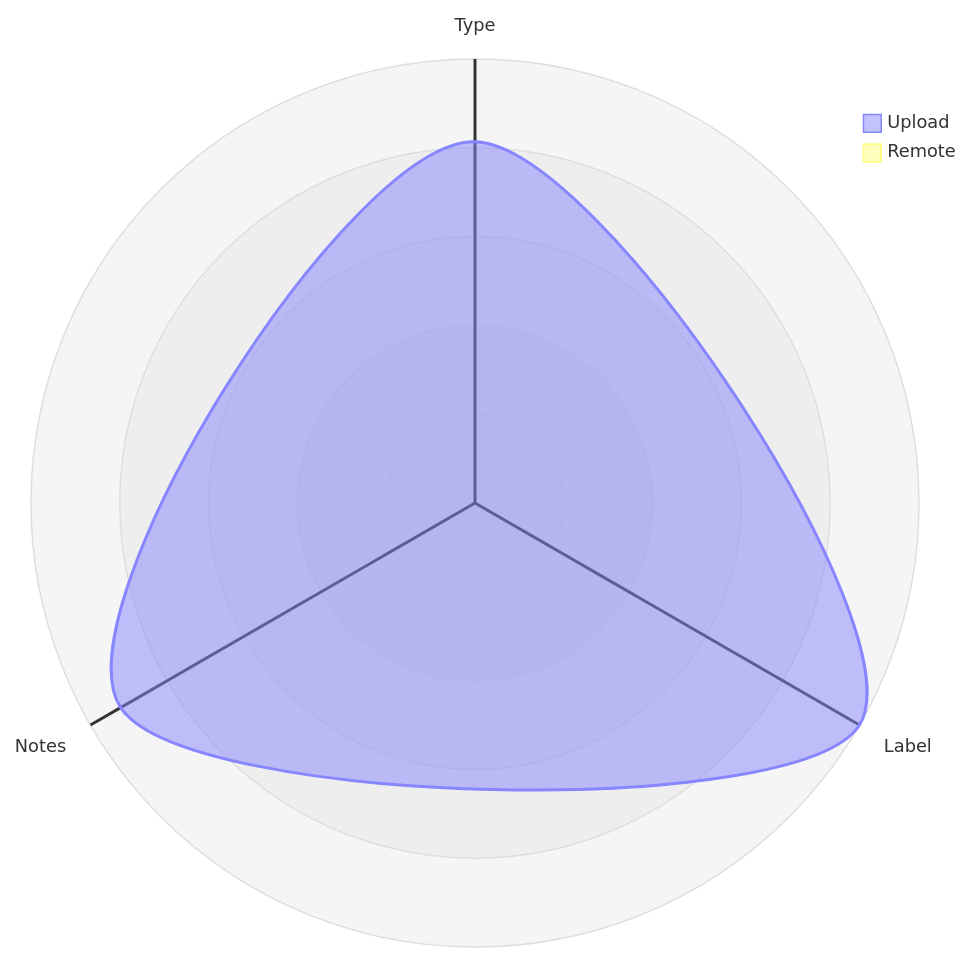
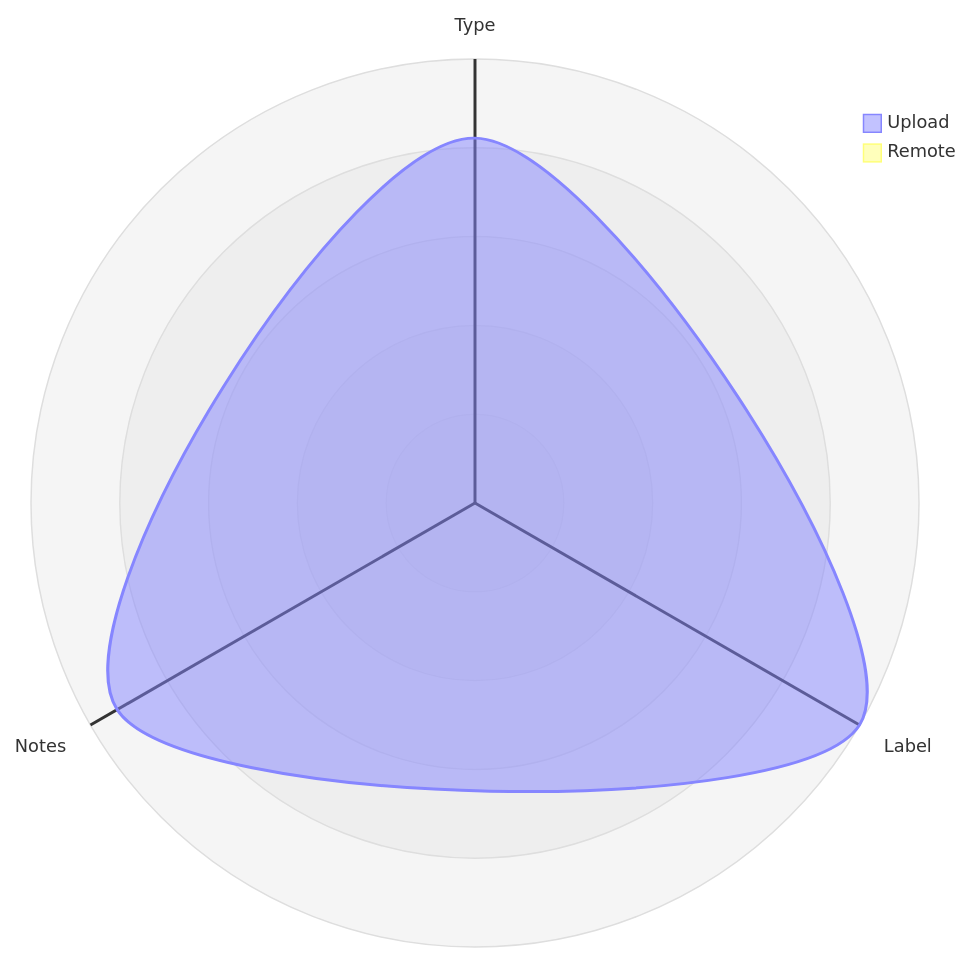
The third of 5 diagrams in datastore_tracker/README.md (open-data/analytics-corporate-reporting), drawn with Mermaid before and after one commit. The commit also changed 5 other files, not shown here.

````diff
--- a/datastore_tracker/README.md
+++ b/datastore_tracker/README.md
@@ -106,12 +106,12 @@
 ```mermaid
 radar-beta
   axis T["Type"], L["Label"], N["Notes"]
-  curve u["Upload"]{0.00083, 0.00102, 0.00094}
+  curve u["Upload"]{0.00083, 0.00101, 0.00094}
   curve r["Remote"]{0, 0, 0}
 
   showLegend true
 
   min 0
   graticule circle
   ticks 5
 ```
````
